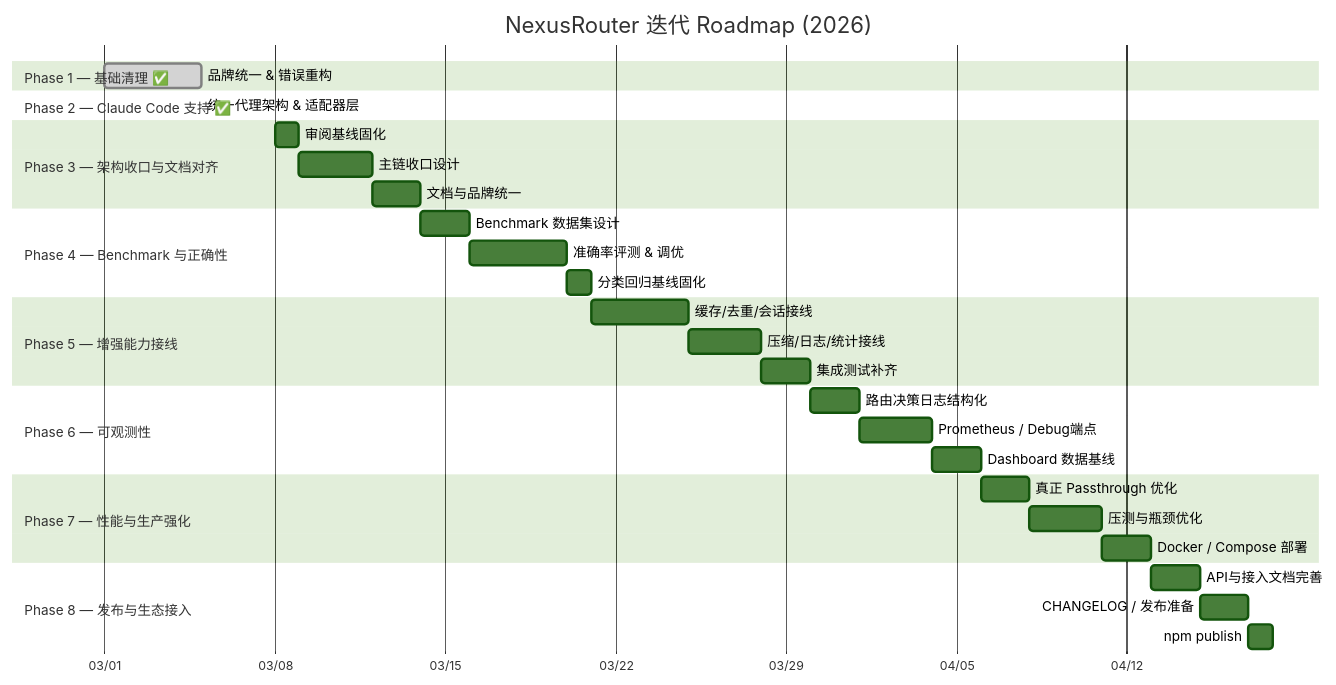
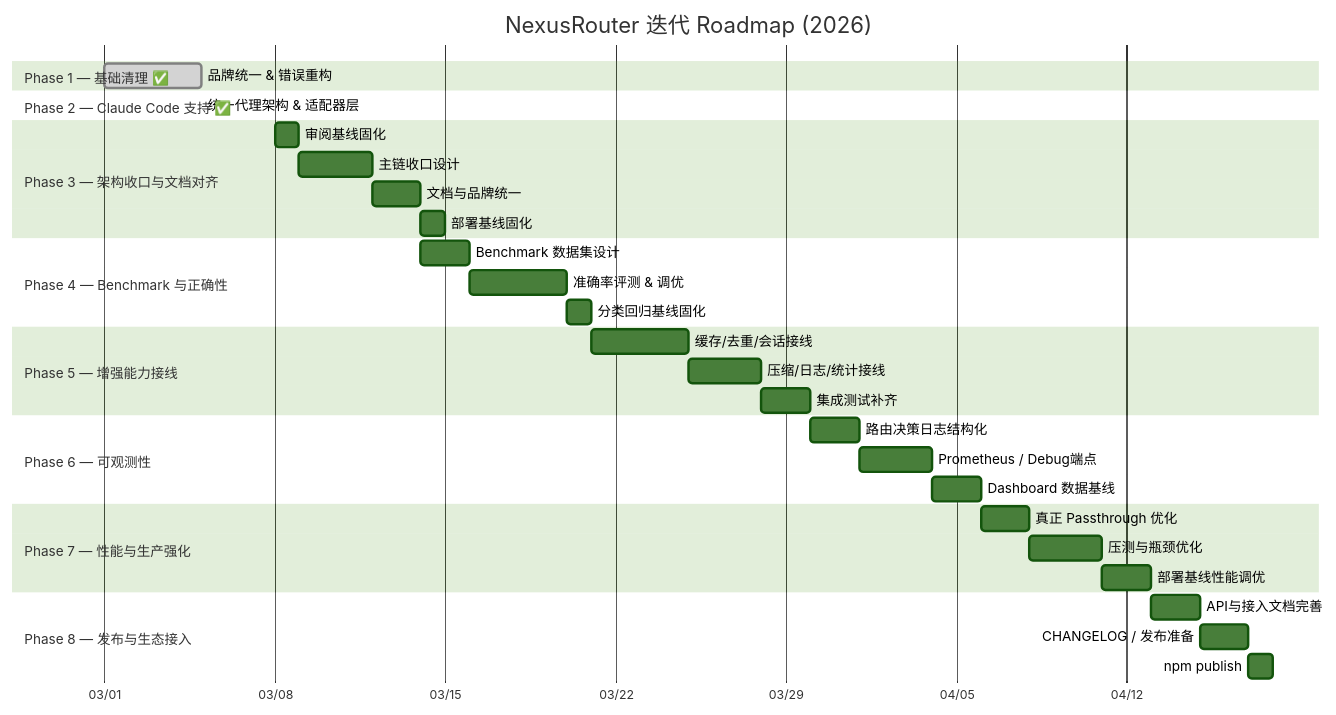
Before and after one commit to NeoxNexus/NexusRouter: the first of 2 diagrams in ROADMAP.md, drawn with Mermaid (forest theme). The commit also changed other lines of this file, not shown here.

First line of the commit message:
docs: update ROADMAP.md to lock deploy/new-api baseline in Phase 3

````diff
--- a/ROADMAP.md
+++ b/ROADMAP.md
@@ -10,42 +10,43 @@
 ```mermaid
 gantt
     title NexusRouter 迭代 Roadmap (2026)
     dateFormat YYYY-MM-DD
     axisFormat %m/%d
 
     section Phase 1 — 基础清理 ✅
     品牌统一 & 错误重构      :done, p1, 2026-03-01, 2026-03-05
 
     section Phase 2 — Claude Code 支持 ✅
     统一代理架构 & 适配器层  :done, p2, 2026-03-05, 2026-03-05
 
     section Phase 3 — 架构收口与文档对齐
     审阅基线固化             :p3a, 2026-03-08, 1d
     主链收口设计             :p3b, after p3a, 3d
     文档与品牌统一           :p3c, after p3b, 2d
+    部署基线固化             :p3d, after p3c, 1d
 
     section Phase 4 — Benchmark 与正确性
     Benchmark 数据集设计     :p4a, after p3c, 2d
     准确率评测 & 调优        :p4b, after p4a, 4d
     分类回归基线固化         :p4c, after p4b, 1d
 
     section Phase 5 — 增强能力接线
     缓存/去重/会话接线       :p5a, after p4c, 4d
     压缩/日志/统计接线       :p5b, after p5a, 3d
     集成测试补齐             :p5c, after p5b, 2d
 
     section Phase 6 — 可观测性
     路由决策日志结构化       :p6a, after p5c, 2d
     Prometheus / Debug端点   :p6b, after p6a, 3d
     Dashboard 数据基线       :p6c, after p6b, 2d
 
     section Phase 7 — 性能与生产强化
     真正 Passthrough 优化    :p7a, after p6c, 2d
     压测与瓶颈优化           :p7b, after p7a, 3d
-    Docker / Compose 部署    :p7c, after p7b, 2d
+    部署基线性能调优         :p7c, after p7b, 2d
 
     section Phase 8 — 发布与生态接入
     API与接入文档完善        :p8a, after p7c, 2d
     CHANGELOG / 发布准备      :p8b, after p8a, 2d
     npm publish              :p8c, after p8b, 1d
 ```
````
